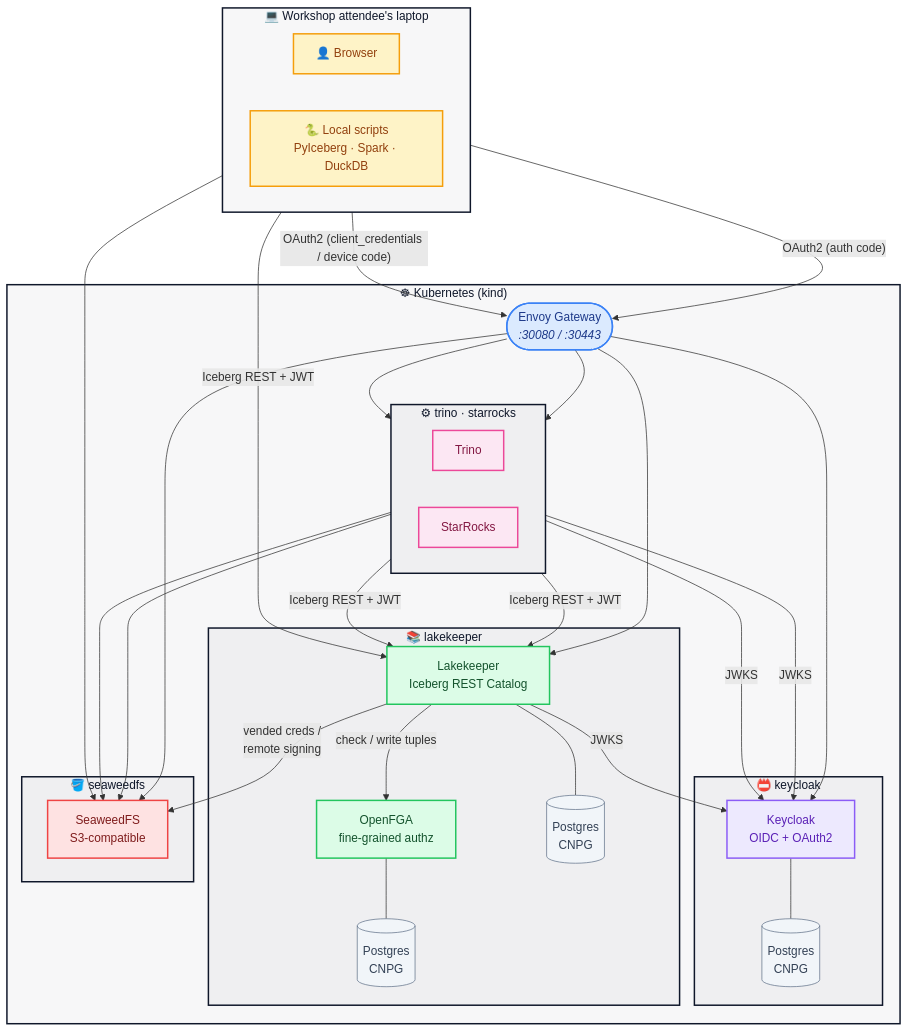
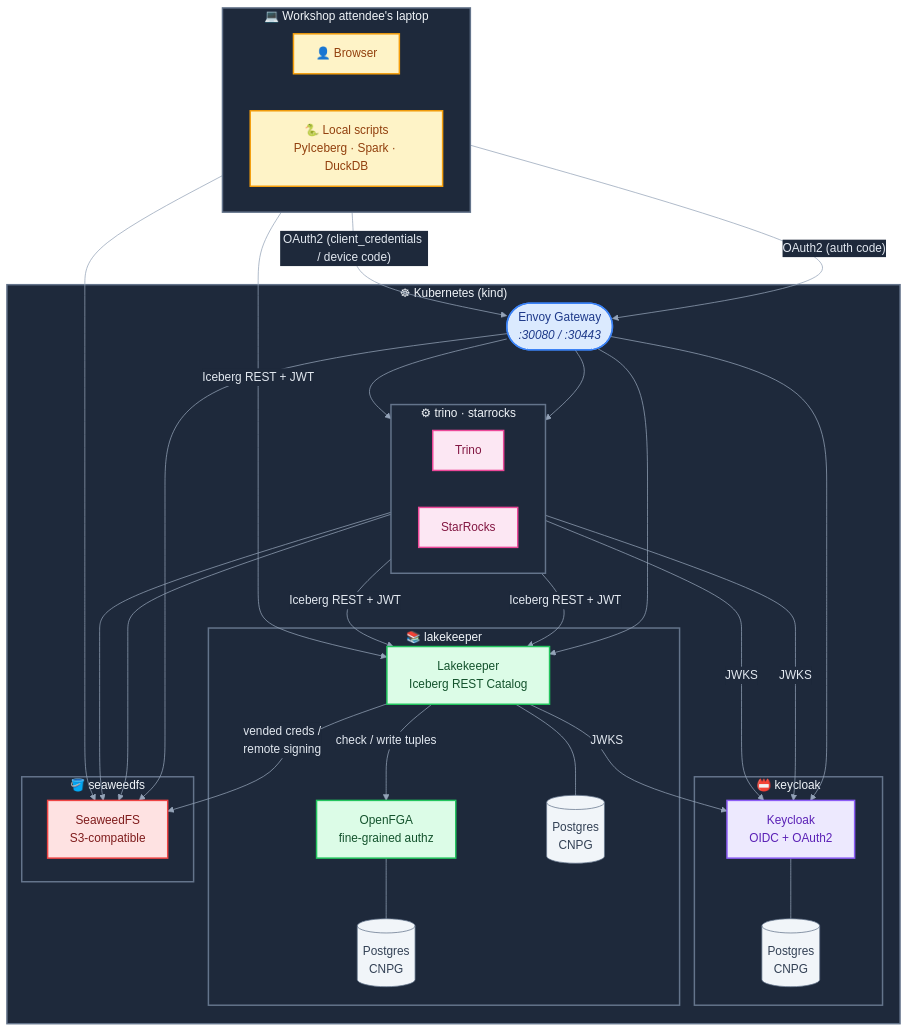
The diagram in README.md (c-thiel/open-source-lakehouse), drawn with Mermaid before and after one commit.

Commit message:
chore(docs): Fix mermaid colors

````diff
--- a/README.md
+++ b/README.md
@@ -11,4 +11,16 @@
 ```mermaid
+%%{init: {'theme':'base','themeVariables':{
+  'background':'#0b1220',
+  'primaryColor':'#1e293b',
+  'primaryTextColor':'#e2e8f0',
+  'primaryBorderColor':'#475569',
+  'lineColor':'#94a3b8',
+  'clusterBkg':'#1e293b',
+  'clusterBorder':'#64748b',
+  'titleColor':'#f1f5f9',
+  'edgeLabelBackground':'#1e293b',
+  'fontFamily':'Inter, system-ui, sans-serif'
+}}}%%
 flowchart TB
     classDef user      fill:#fef3c7,stroke:#f59e0b,stroke-width:2px,color:#92400e
     classDef gateway   fill:#dbeafe,stroke:#3b82f6,stroke-width:2px,color:#1e3a8a
@@ -17,7 +29,7 @@
     classDef engine    fill:#fce7f3,stroke:#ec4899,stroke-width:2px,color:#831843
     classDef storage   fill:#fee2e2,stroke:#ef4444,stroke-width:2px,color:#7f1d1d
     classDef db        fill:#f1f5f9,stroke:#64748b,stroke-width:1px,color:#334155
-    classDef cluster   fill:#0f172a08,stroke:#0f172a,stroke-width:2px,color:#0f172a
+    classDef cluster   fill:#1e293b,stroke:#64748b,stroke-width:2px,color:#f1f5f9
 
     subgraph clients ["💻 Workshop attendee's laptop"]
         direction LR
````
